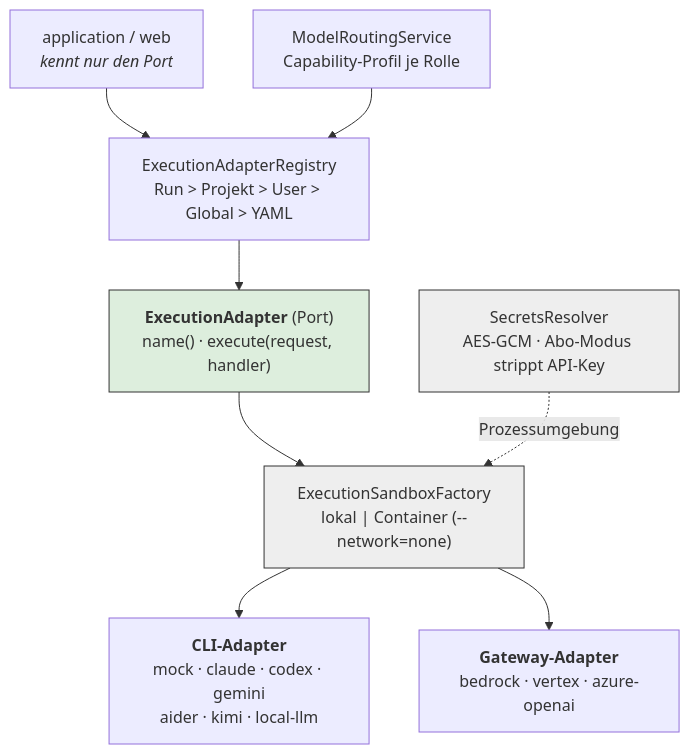
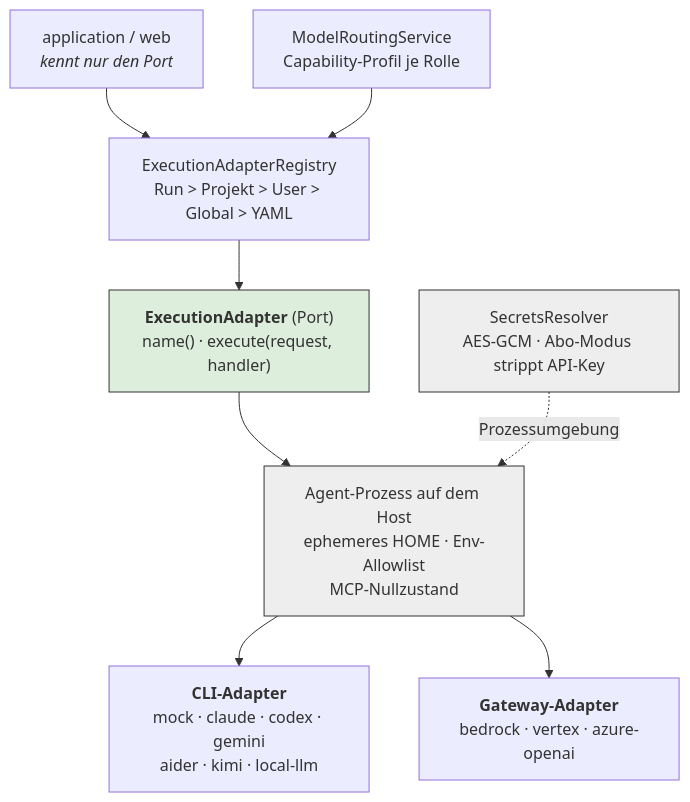
Before and after one commit to mjanda0815/agentic-publikation: the diagram in abbildungen/abb27.mmd, drawn with Mermaid. The commit also changed 57 other files, not shown here.

First line of the commit message:
Version 3.1: Abgleich auf SoftwareFabrik 0.38.0 (Spec-Driven Development, MCP-Absicherung, Offline-Verifier) (#1)

```diff
--- a/abbildungen/abb27.mmd
+++ b/abbildungen/abb27.mmd
@@ -1,19 +1,19 @@
 flowchart TB
     APPL["application / web<br/><i>kennt nur den Port</i>"]
     REG["ExecutionAdapterRegistry<br/>Run &gt; Projekt &gt; User &gt; Global &gt; YAML"]
     ROUT["ModelRoutingService<br/>Capability-Profil je Rolle"]
     PORT["<b>ExecutionAdapter</b> (Port)<br/>name() · execute(request, handler)"]
-    SB["ExecutionSandboxFactory<br/>lokal | Container (--network=none)"]
+    SB["Agent-Prozess auf dem Host<br/>ephemeres HOME · Env-Allowlist<br/>MCP-Nullzustand"]
     SEC["SecretsResolver<br/>AES-GCM · Abo-Modus strippt API-Key"]
     CLIA["<b>CLI-Adapter</b><br/>mock · claude · codex · gemini<br/>aider · kimi · local-llm"]
     GWA["<b>Gateway-Adapter</b><br/>bedrock · vertex · azure-openai"]
     APPL --> REG
     ROUT --> REG
     REG --> PORT --> SB
     SEC -. "Prozessumgebung" .-> SB
     SB --> CLIA
     SB --> GWA
     classDef port fill:#ddeedd,stroke:#333333
     classDef infra fill:#eeeeee,stroke:#333333
     class PORT port
     class SB,SEC infra
```
